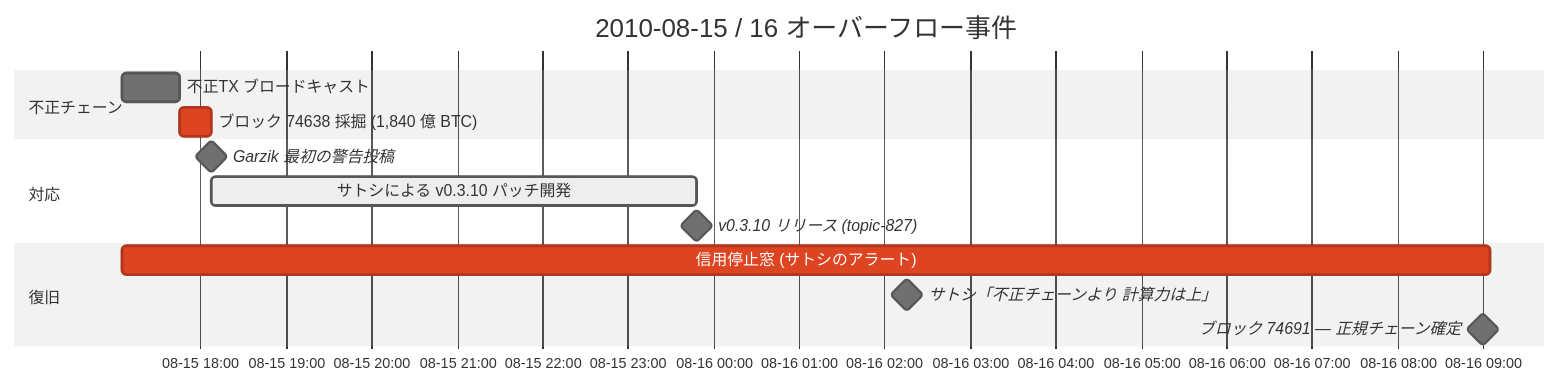
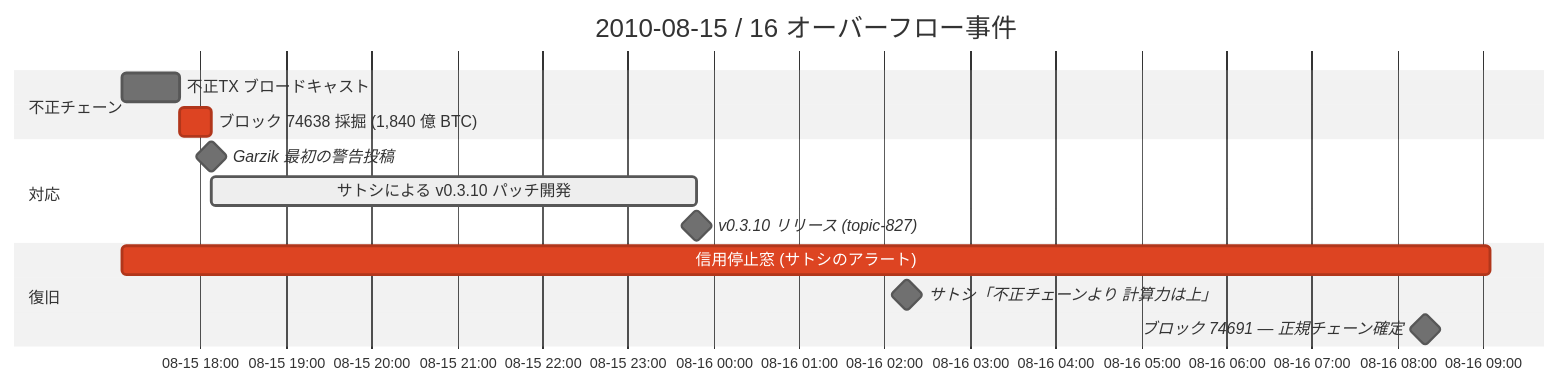
One commit to cypher256/BitcoinArchive changed the diagram in src/data/translations/ja/analysis/2010-08-15-overflow-incident-structure-and-paradox.md. Above: the diagram before and after it, drawn with Mermaid (neutral theme). The commit also changed other lines of this file and 66 other files, not shown here.

````diff
--- a/src/data/translations/ja/analysis/2010-08-15-overflow-incident-structure-and-paradox.md
+++ b/src/data/translations/ja/analysis/2010-08-15-overflow-incident-structure-and-paradox.md
@@ -84,26 +84,26 @@
 ```mermaid
 gantt
     title 2010-08-15 / 16 オーバーフロー事件
     dateFormat YYYY-MM-DD HH:mm
     axisFormat %m-%d %H:%M
 
     section 不正チェーン
     不正TX ブロードキャスト :2010-08-15 17:05, 40m
     ブロック 74638 採掘 (1,840 億 BTC) :crit, 2010-08-15 17:45, 23m
     %% link: /BitcoinArchive/ja/entries/aftermath/2010-08-15-value-overflow-incident/
 
     section 対応
     Garzik 最初の警告投稿 :milestone, 2010-08-15 18:08, 0m
     %% link: /BitcoinArchive/ja/entries/forum/bitcointalk/topic-822/2010-08-15-jgarzik-msg9474/
     サトシによる v0.3.10 パッチ開発 :active, 2010-08-15 18:08, 340m
     %% link: /BitcoinArchive/ja/entries/aftermath/2010-08-15-bitcoin-v0310-overflow-bug-fix/
     v0.3.10 リリース (topic-827) :milestone, 2010-08-15 23:48, 0m
     %% link: /BitcoinArchive/ja/entries/forum/bitcointalk/topic-827/2010-08-15-version-0-3-10-block-74638-overflow-patch/
 
     section 復旧
     信用停止窓 (サトシのアラート) :crit, 2010-08-15 17:05, 16h
     %% link: /BitcoinArchive/ja/entries/emails/bitcoin-list/2010-08-15-alert-we-are-investigating-a-problem/
     サトシ「不正チェーンより 計算力は上」 :milestone, 2010-08-16 02:16, 0m
     %% link: /BitcoinArchive/ja/entries/forum/bitcointalk/topic-823/2010-08-16-satoshi-msg9642/
-    ブロック 74691 — 正規チェーン確定 :milestone, 2010-08-16 09:00, 0m
+    ブロック 74691 — 正規チェーン確定 :milestone, 2010-08-16 08:20, 0m
 ```
````
